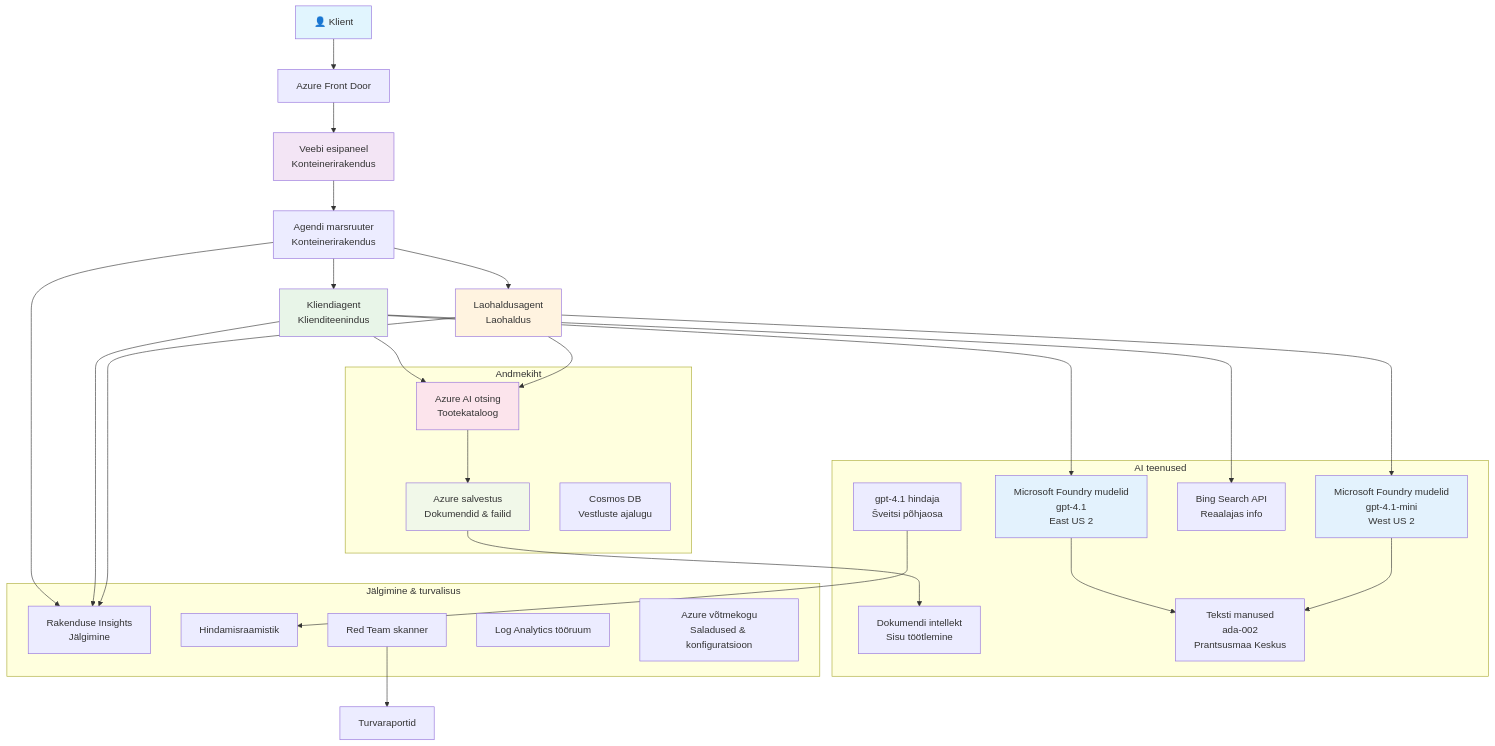
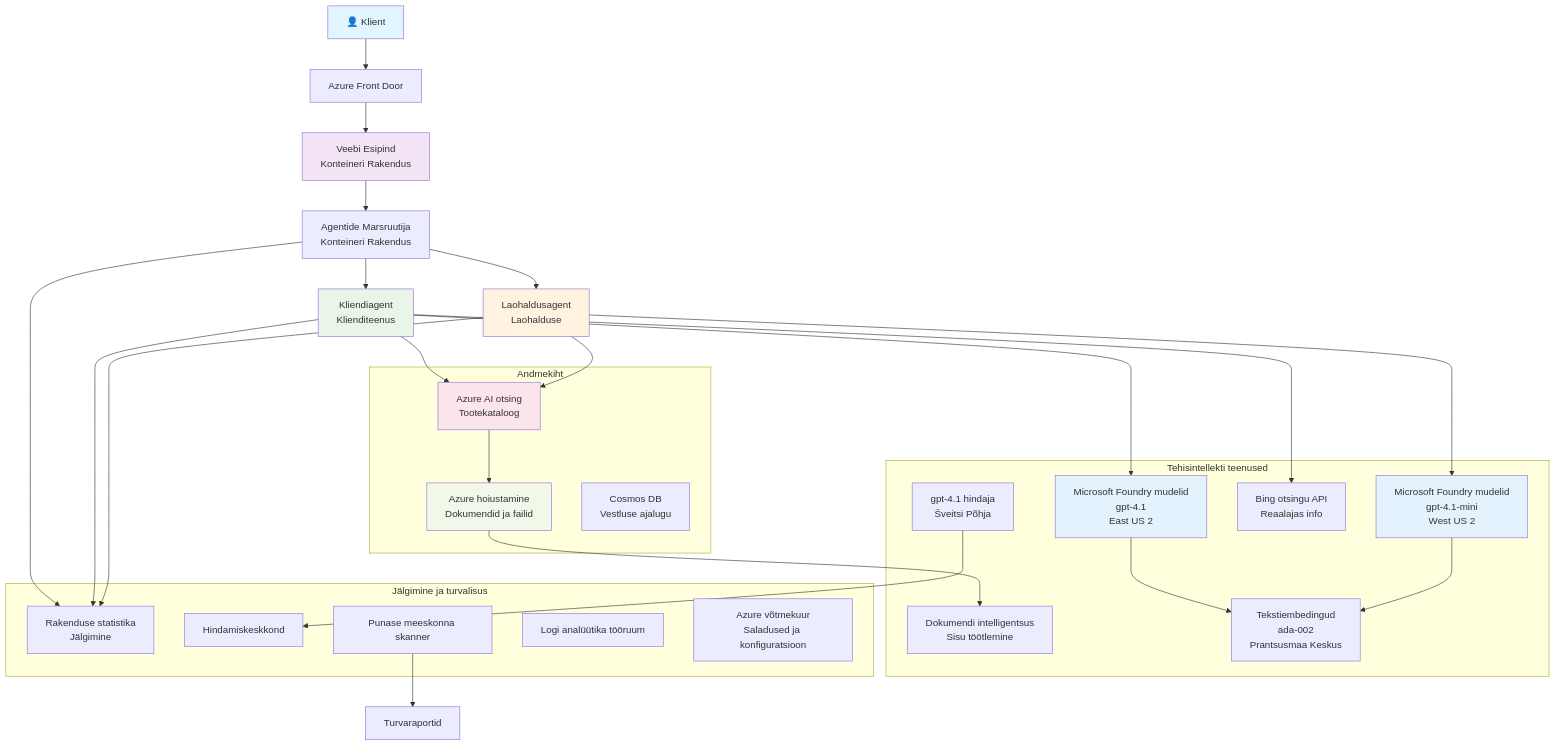
One commit to microsoft/AZD-for-beginners changed the diagram in translations/et/examples/retail-scenario.md. Above: the diagram before and after it, drawn with Mermaid. The commit also changed other lines of this file and 104 other files, not shown here.

````diff
--- a/translations/et/examples/retail-scenario.md
+++ b/translations/et/examples/retail-scenario.md
@@ -139,61 +139,61 @@
 ```mermaid
 graph TB
     User[👤 Klient] --> LB[Azure Front Door]
-    LB --> WebApp[Veebi esipaneel<br/>Konteinerirakendus]
+    LB --> WebApp[Veebi Esipind<br/>Konteineri Rakendus]
     
-    WebApp --> Router[Agendi marsruuter<br/>Konteinerirakendus]
-    Router --> CustomerAgent[Kliendiagent<br/>Klienditeenindus]
-    Router --> InvAgent[Laohaldusagent<br/>Laohaldus]
+    WebApp --> Router[Agentide Marsruutija<br/>Konteineri Rakendus]
+    Router --> CustomerAgent[Kliendiagent<br/>Klienditeenus]
+    Router --> InvAgent[Laohaldusagent<br/>Laohalduse]
     
     CustomerAgent --> OpenAI1[Microsoft Foundry mudelid<br/>gpt-4.1<br/>East US 2]
     InvAgent --> OpenAI2[Microsoft Foundry mudelid<br/>gpt-4.1-mini<br/>West US 2]
     
     CustomerAgent --> AISearch[Azure AI otsing<br/>Tootekataloog]
-    CustomerAgent --> BingSearch[Bing Search API<br/>Reaalajas info]
+    CustomerAgent --> BingSearch[Bing otsingu API<br/>Reaalajas info]
     InvAgent --> AISearch
     
-    AISearch --> Storage[Azure salvestus<br/>Dokumendid & failid]
-    Storage --> DocIntel[Dokumendi intellekt<br/>Sisu töötlemine]
+    AISearch --> Storage[Azure hoiustamine<br/>Dokumendid ja failid]
+    Storage --> DocIntel[Dokumendi intelligentsus<br/>Sisu töötlemine]
     
-    OpenAI1 --> Embeddings[Teksti manused<br/>ada-002<br/>Prantsusmaa Keskus]
+    OpenAI1 --> Embeddings[Tekstiembedingud<br/>ada-002<br/>Prantsusmaa Keskus]
     OpenAI2 --> Embeddings
     
-    Router --> AppInsights[Rakenduse Insights<br/>Jälgimine]
+    Router --> AppInsights[Rakenduse statistika<br/>Jälgimine]
     CustomerAgent --> AppInsights
     InvAgent --> AppInsights
     
-    GraderModel[gpt-4.1 hindaja<br/>Šveitsi põhjaosa] --> Evaluation[Hindamisraamistik]
-    RedTeam[Red Team skanner] --> SecurityReports[Turvaraportid]
+    GraderModel[gpt-4.1 hindaja<br/>Šveitsi Põhja] --> Evaluation[Hindamiskeskkond]
+    RedTeam[Punase meeskonna skanner] --> SecurityReports[Turvaraportid]
     
     subgraph "Andmekiht"
         Storage
         AISearch
-        CosmosDB[Cosmos DB<br/>Vestluste ajalugu]
+        CosmosDB[Cosmos DB<br/>Vestluse ajalugu]
     end
     
-    subgraph "AI teenused"
+    subgraph "Tehisintellekti teenused"
         OpenAI1
         OpenAI2
         Embeddings
         GraderModel
         DocIntel
         BingSearch
     end
     
-    subgraph "Jälgimine & turvalisus"
+    subgraph "Jälgimine ja turvalisus"
         AppInsights
-        LogAnalytics[Log Analytics tööruum]
-        KeyVault[Azure võtmekogu<br/>Saladused & konfiguratsioon]
+        LogAnalytics[Logi analüütika tööruum]
+        KeyVault[Azure võtmekuur<br/>Saladused ja konfiguratsioon]
         RedTeam
         Evaluation
     end
     
     style User fill:#e1f5fe
     style WebApp fill:#f3e5f5
     style CustomerAgent fill:#e8f5e8
     style InvAgent fill:#fff3e0
     style OpenAI1 fill:#e3f2fd
     style OpenAI2 fill:#e3f2fd
     style AISearch fill:#fce4ec
     style Storage fill:#f1f8e9
 ```
````
